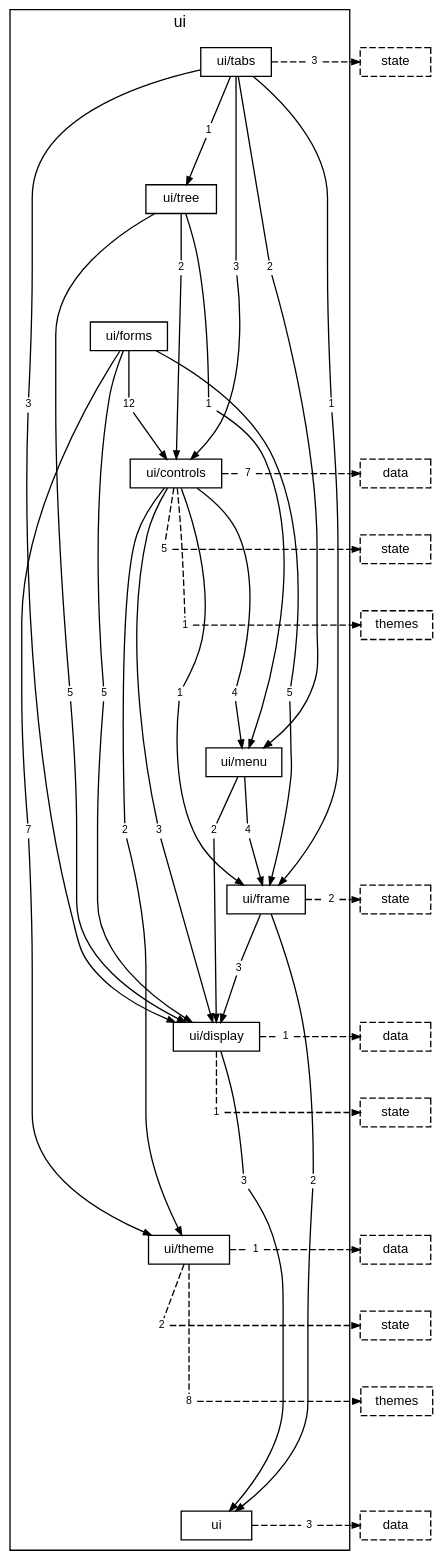
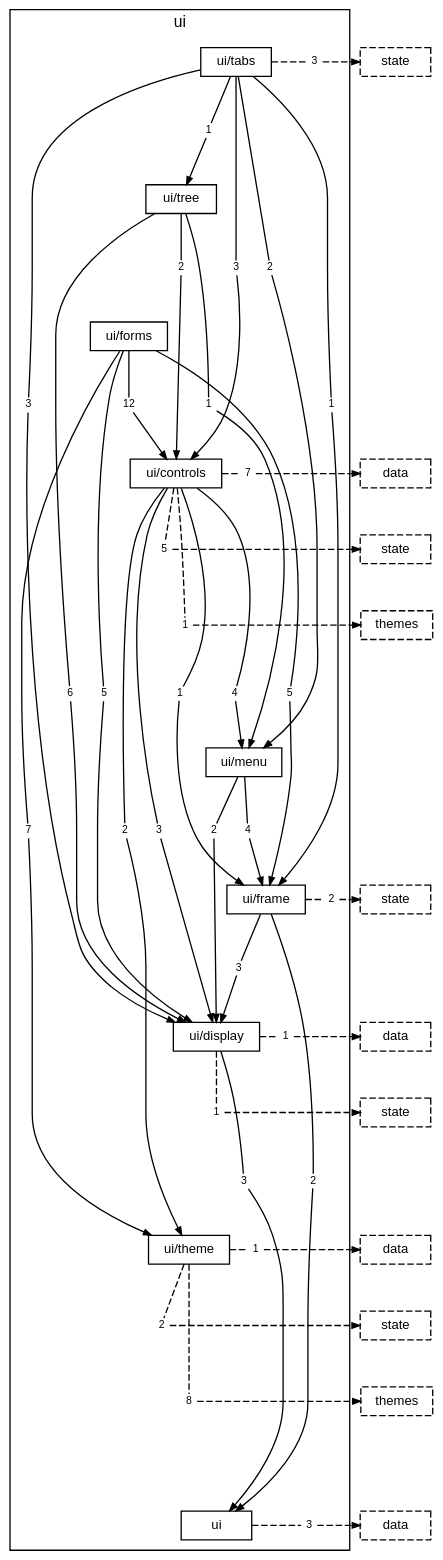
Before and after one commit to TheAxeC/oculus: the diagram in docs/diagrams/layer-ui.dot, drawn with Graphviz. The commit also changed 503 other files, not shown here.

```diff
--- a/docs/diagrams/layer-ui.dot
+++ b/docs/diagrams/layer-ui.dot
@@ -1,143 +1,143 @@
 digraph layer_ui {
     graph [bgcolor="transparent", rankdir=TB, newrank=true, mclimit=4, fontname="Helvetica", fontsize=12, nodesep=0.2, ranksep=0.5];
     node [shape=box, color="black", fontcolor="black", fontname="Helvetica", fontsize=10, height=0.3, margin="0.12,0.04"];
     edge [color="black", fontcolor="black", fontname="Helvetica", fontsize=8, arrowsize=0.6];
     subgraph "cluster_ui" {
         label="ui"; style=solid;
         "folder ui/tabs" [label="ui/tabs"];
         "folder ui/tree" [label="ui/tree"];
         "folder ui/forms" [label="ui/forms"];
         "folder ui/controls" [label="ui/controls"];
         "folder ui/menu" [label="ui/menu"];
         "folder ui/frame" [label="ui/frame"];
         "folder ui/display" [label="ui/display"];
         "folder ui/theme" [label="ui/theme"];
         "folder ui" [label="ui"];
         "folder ui/tabs to folder ui/controls" [label="3", shape=box, color="transparent", fontsize=8, width=0, height=0, margin="0.04,0.02"];
         "folder ui/tabs to folder ui/display" [label="3", shape=box, color="transparent", fontsize=8, width=0, height=0, margin="0.04,0.02"];
         "folder ui/tabs to folder ui/frame" [label="1", shape=box, color="transparent", fontsize=8, width=0, height=0, margin="0.04,0.02"];
         "folder ui/tabs to folder ui/menu" [label="2", shape=box, color="transparent", fontsize=8, width=0, height=0, margin="0.04,0.02"];
         "folder ui/tabs to folder ui/tree" [label="1", shape=box, color="transparent", fontsize=8, width=0, height=0, margin="0.04,0.02"];
         "folder ui/tabs to layer state" [label="3", shape=box, color="transparent", fontsize=8, width=0, height=0, margin="0.04,0.02"];
         "folder ui/tree to folder ui/controls" [label="2", shape=box, color="transparent", fontsize=8, width=0, height=0, margin="0.04,0.02"];
-        "folder ui/tree to folder ui/display" [label="5", shape=box, color="transparent", fontsize=8, width=0, height=0, margin="0.04,0.02"];
+        "folder ui/tree to folder ui/display" [label="6", shape=box, color="transparent", fontsize=8, width=0, height=0, margin="0.04,0.02"];
         "folder ui/tree to folder ui/menu" [label="1", shape=box, color="transparent", fontsize=8, width=0, height=0, margin="0.04,0.02"];
         "folder ui/forms to folder ui/controls" [label="12", shape=box, color="transparent", fontsize=8, width=0, height=0, margin="0.04,0.02"];
         "folder ui/forms to folder ui/display" [label="5", shape=box, color="transparent", fontsize=8, width=0, height=0, margin="0.04,0.02"];
         "folder ui/forms to folder ui/frame" [label="5", shape=box, color="transparent", fontsize=8, width=0, height=0, margin="0.04,0.02"];
         "folder ui/forms to folder ui/theme" [label="7", shape=box, color="transparent", fontsize=8, width=0, height=0, margin="0.04,0.02"];
         "folder ui/controls to folder ui/display" [label="3", shape=box, color="transparent", fontsize=8, width=0, height=0, margin="0.04,0.02"];
         "folder ui/controls to folder ui/frame" [label="1", shape=box, color="transparent", fontsize=8, width=0, height=0, margin="0.04,0.02"];
         "folder ui/controls to folder ui/menu" [label="4", shape=box, color="transparent", fontsize=8, width=0, height=0, margin="0.04,0.02"];
         "folder ui/controls to folder ui/theme" [label="2", shape=box, color="transparent", fontsize=8, width=0, height=0, margin="0.04,0.02"];
         "folder ui/controls to layer data" [label="7", shape=box, color="transparent", fontsize=8, width=0, height=0, margin="0.04,0.02"];
         "folder ui/controls to layer state" [label="5", shape=box, color="transparent", fontsize=8, width=0, height=0, margin="0.04,0.02"];
         "folder ui/controls to layer themes" [label="1", shape=box, color="transparent", fontsize=8, width=0, height=0, margin="0.04,0.02"];
         "folder ui/menu to folder ui/display" [label="2", shape=box, color="transparent", fontsize=8, width=0, height=0, margin="0.04,0.02"];
         "folder ui/menu to folder ui/frame" [label="4", shape=box, color="transparent", fontsize=8, width=0, height=0, margin="0.04,0.02"];
         "folder ui/frame to folder ui" [label="2", shape=box, color="transparent", fontsize=8, width=0, height=0, margin="0.04,0.02"];
         "folder ui/frame to folder ui/display" [label="3", shape=box, color="transparent", fontsize=8, width=0, height=0, margin="0.04,0.02"];
         "folder ui/frame to layer state" [label="2", shape=box, color="transparent", fontsize=8, width=0, height=0, margin="0.04,0.02"];
         "folder ui/display to folder ui" [label="3", shape=box, color="transparent", fontsize=8, width=0, height=0, margin="0.04,0.02"];
         "folder ui/display to layer data" [label="1", shape=box, color="transparent", fontsize=8, width=0, height=0, margin="0.04,0.02"];
         "folder ui/display to layer state" [label="1", shape=box, color="transparent", fontsize=8, width=0, height=0, margin="0.04,0.02"];
         "folder ui/theme to layer data" [label="1", shape=box, color="transparent", fontsize=8, width=0, height=0, margin="0.04,0.02"];
         "folder ui/theme to layer state" [label="2", shape=box, color="transparent", fontsize=8, width=0, height=0, margin="0.04,0.02"];
         "folder ui/theme to layer themes" [label="8", shape=box, color="transparent", fontsize=8, width=0, height=0, margin="0.04,0.02"];
         "folder ui to layer data" [label="3", shape=box, color="transparent", fontsize=8, width=0, height=0, margin="0.04,0.02"];
     }
     "layer state from folder ui/tabs" [label="state", style=dashed];
     "layer data from folder ui/controls" [label="data", style=dashed];
     "layer state from folder ui/controls" [label="state", style=dashed];
     "layer themes from folder ui/controls" [label="themes", style=dashed];
     "layer state from folder ui/frame" [label="state", style=dashed];
     "layer data from folder ui/display" [label="data", style=dashed];
     "layer state from folder ui/display" [label="state", style=dashed];
     "layer data from folder ui/theme" [label="data", style=dashed];
     "layer state from folder ui/theme" [label="state", style=dashed];
     "layer themes from folder ui/theme" [label="themes", style=dashed];
     "layer data from folder ui" [label="data", style=dashed];
     "folder ui/tabs" -> "folder ui/tree" [style=invis, weight=10, minlen=2];
     "folder ui/tree" -> "folder ui/forms" [style=invis, weight=10, minlen=2];
     "folder ui/forms" -> "folder ui/controls" [style=invis, weight=10, minlen=2];
     "folder ui/controls" -> "folder ui/menu" [style=invis, weight=10, minlen=4];
     "folder ui/menu" -> "folder ui/frame" [style=invis, weight=10, minlen=2];
     "folder ui/frame" -> "folder ui/display" [style=invis, weight=10, minlen=2];
     "folder ui/display" -> "folder ui/theme" [style=invis, weight=10, minlen=3];
     "folder ui/theme" -> "folder ui" [style=invis, weight=10, minlen=4];
     "folder ui/tabs" -> "folder ui/tabs to folder ui/controls" [arrowhead=none, minlen=3, weight=10];
     "folder ui/tabs to folder ui/controls" -> "folder ui/controls" [];
     "folder ui/tabs" -> "folder ui/tabs to folder ui/display" [arrowhead=none, minlen=5, weight=10];
     "folder ui/tabs to folder ui/display" -> "folder ui/display" [];
     "folder ui/tabs" -> "folder ui/tabs to folder ui/frame" [arrowhead=none, minlen=5, weight=10];
     "folder ui/tabs to folder ui/frame" -> "folder ui/frame" [];
     "folder ui/tabs" -> "folder ui/tabs to folder ui/menu" [arrowhead=none, minlen=3, weight=10];
     "folder ui/tabs to folder ui/menu" -> "folder ui/menu" [];
     "folder ui/tabs" -> "folder ui/tabs to folder ui/tree" [arrowhead=none, minlen=1, weight=10];
     "folder ui/tabs to folder ui/tree" -> "folder ui/tree" [];
     "folder ui/tabs" -> "folder ui/tabs to layer state" [arrowhead=none, style=dashed];
     "folder ui/tabs to layer state" -> "layer state from folder ui/tabs" [style=dashed];
     { rank=same; "folder ui/tabs"; "folder ui/tabs to layer state"; "layer state from folder ui/tabs"; }
     "folder ui/tree" -> "folder ui/tree to folder ui/controls" [arrowhead=none, minlen=1, weight=10];
     "folder ui/tree to folder ui/controls" -> "folder ui/controls" [];
     "folder ui/tree" -> "folder ui/tree to folder ui/display" [arrowhead=none, minlen=7, weight=10];
     "folder ui/tree to folder ui/display" -> "folder ui/display" [];
     "folder ui/tree" -> "folder ui/tree to folder ui/menu" [arrowhead=none, minlen=3, weight=10];
     "folder ui/tree to folder ui/menu" -> "folder ui/menu" [];
     "folder ui/forms" -> "folder ui/forms to folder ui/controls" [arrowhead=none, minlen=1, weight=10];
     "folder ui/forms to folder ui/controls" -> "folder ui/controls" [];
     "folder ui/forms" -> "folder ui/forms to folder ui/display" [arrowhead=none, minlen=5, weight=10];
     "folder ui/forms to folder ui/display" -> "folder ui/display" [];
     "folder ui/forms" -> "folder ui/forms to folder ui/frame" [arrowhead=none, minlen=5, weight=10];
     "folder ui/forms to folder ui/frame" -> "folder ui/frame" [];
     "folder ui/forms" -> "folder ui/forms to folder ui/theme" [arrowhead=none, minlen=7, weight=10];
     "folder ui/forms to folder ui/theme" -> "folder ui/theme" [];
     "folder ui/controls" -> "folder ui/controls to folder ui/display" [arrowhead=none, minlen=5, weight=10];
     "folder ui/controls to folder ui/display" -> "folder ui/display" [];
     "folder ui/controls" -> "folder ui/controls to folder ui/frame" [arrowhead=none, minlen=3, weight=10];
     "folder ui/controls to folder ui/frame" -> "folder ui/frame" [];
     "folder ui/controls" -> "folder ui/controls to folder ui/menu" [arrowhead=none, minlen=3, weight=10];
     "folder ui/controls to folder ui/menu" -> "folder ui/menu" [];
     "folder ui/controls" -> "folder ui/controls to folder ui/theme" [arrowhead=none, minlen=5, weight=10];
     "folder ui/controls to folder ui/theme" -> "folder ui/theme" [];
     "folder ui/controls" -> "folder ui/controls to layer data" [arrowhead=none, style=dashed];
     "folder ui/controls to layer data" -> "layer data from folder ui/controls" [style=dashed];
     { rank=same; "folder ui/controls"; "folder ui/controls to layer data"; "layer data from folder ui/controls"; }
     "folder ui/controls" -> "folder ui/controls to layer state" [arrowhead=none, style=dashed, minlen=1, weight=10];
     "folder ui/controls to layer state" -> "layer state from folder ui/controls" [style=dashed];
     { rank=same; "folder ui/controls to layer state"; "layer state from folder ui/controls"; }
     "folder ui/controls" -> "folder ui/controls to layer themes" [arrowhead=none, style=dashed, minlen=2, weight=10];
     "folder ui/controls to layer themes" -> "layer themes from folder ui/controls" [style=dashed];
     { rank=same; "folder ui/controls to layer themes"; "layer themes from folder ui/controls"; }
     "folder ui/menu" -> "folder ui/menu to folder ui/display" [arrowhead=none, minlen=1, weight=10];
     "folder ui/menu to folder ui/display" -> "folder ui/display" [];
     "folder ui/menu" -> "folder ui/menu to folder ui/frame" [arrowhead=none, minlen=1, weight=10];
     "folder ui/menu to folder ui/frame" -> "folder ui/frame" [];
     "folder ui/frame" -> "folder ui/frame to folder ui" [arrowhead=none, minlen=4, weight=10];
     "folder ui/frame to folder ui" -> "folder ui" [];
     "folder ui/frame" -> "folder ui/frame to folder ui/display" [arrowhead=none, minlen=1, weight=10];
     "folder ui/frame to folder ui/display" -> "folder ui/display" [];
     "folder ui/frame" -> "folder ui/frame to layer state" [arrowhead=none, style=dashed];
     "folder ui/frame to layer state" -> "layer state from folder ui/frame" [style=dashed];
     { rank=same; "folder ui/frame"; "folder ui/frame to layer state"; "layer state from folder ui/frame"; }
     "folder ui/display" -> "folder ui/display to folder ui" [arrowhead=none, minlen=2, weight=10];
     "folder ui/display to folder ui" -> "folder ui" [];
     "folder ui/display" -> "folder ui/display to layer data" [arrowhead=none, style=dashed];
     "folder ui/display to layer data" -> "layer data from folder ui/display" [style=dashed];
     { rank=same; "folder ui/display"; "folder ui/display to layer data"; "layer data from folder ui/display"; }
     "folder ui/display" -> "folder ui/display to layer state" [arrowhead=none, style=dashed, minlen=1, weight=10];
     "folder ui/display to layer state" -> "layer state from folder ui/display" [style=dashed];
     { rank=same; "folder ui/display to layer state"; "layer state from folder ui/display"; }
     "folder ui/theme" -> "folder ui/theme to layer data" [arrowhead=none, style=dashed];
     "folder ui/theme to layer data" -> "layer data from folder ui/theme" [style=dashed];
     { rank=same; "folder ui/theme"; "folder ui/theme to layer data"; "layer data from folder ui/theme"; }
     "folder ui/theme" -> "folder ui/theme to layer state" [arrowhead=none, style=dashed, minlen=1, weight=10];
     "folder ui/theme to layer state" -> "layer state from folder ui/theme" [style=dashed];
     { rank=same; "folder ui/theme to layer state"; "layer state from folder ui/theme"; }
     "folder ui/theme" -> "folder ui/theme to layer themes" [arrowhead=none, style=dashed, minlen=2, weight=10];
     "folder ui/theme to layer themes" -> "layer themes from folder ui/theme" [style=dashed];
     { rank=same; "folder ui/theme to layer themes"; "layer themes from folder ui/theme"; }
     "folder ui" -> "folder ui to layer data" [arrowhead=none, style=dashed];
     "folder ui to layer data" -> "layer data from folder ui" [style=dashed];
     { rank=same; "folder ui"; "folder ui to layer data"; "layer data from folder ui"; }
 }
```
